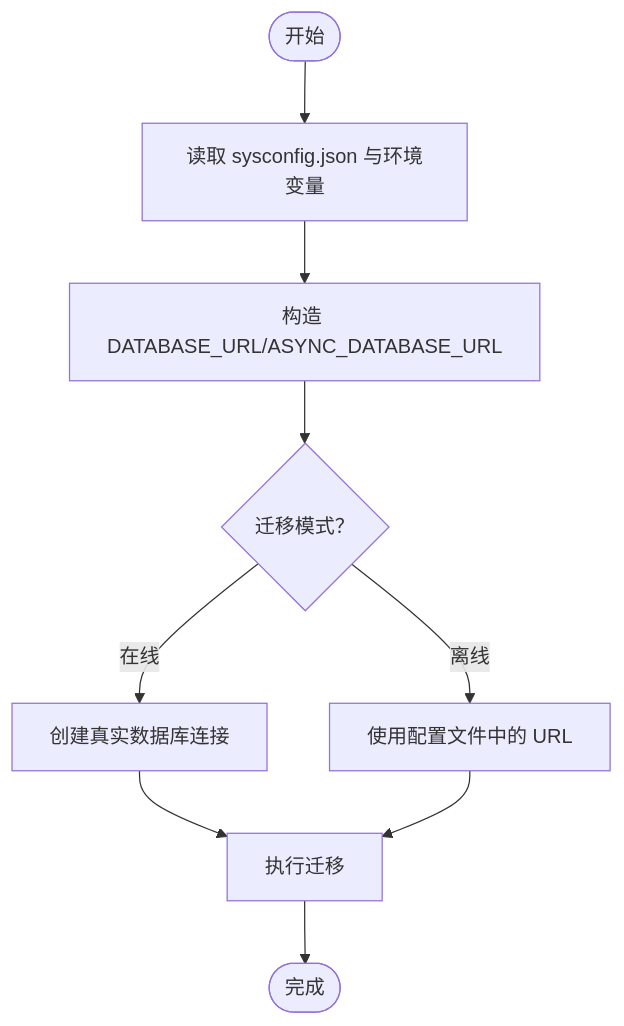
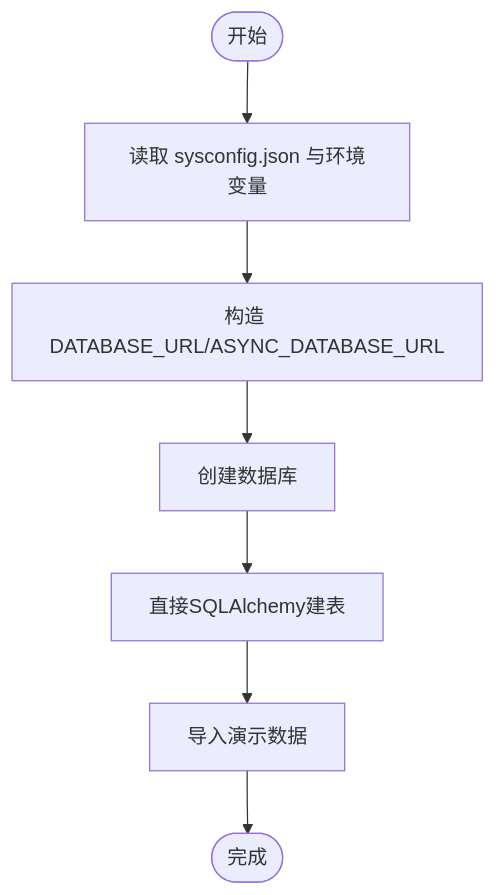
One commit to Miyuan2018/ruicheng-edu-system changed the fourth of 5 diagrams in .qoder/repowiki/zh/content/部署运维/部署运维.md. Above: the diagram before and after it, drawn with Mermaid. The commit also changed other lines of this file and 4 other files, not shown here.

````diff
--- a/.qoder/repowiki/zh/content/部署运维/部署运维.md
+++ b/.qoder/repowiki/zh/content/部署运维/部署运维.md
@@ -191,11 +198,9 @@
 ```mermaid
 flowchart TD
 Start(["开始"]) --> LoadCfg["读取 sysconfig.json 与环境变量"]
 LoadCfg --> BuildURL["构造 DATABASE_URL/ASYNC_DATABASE_URL"]
-BuildURL --> ChooseMode{"迁移模式？"}
-ChooseMode --> |在线| ConnectDB["创建真实数据库连接"]
-ChooseMode --> |离线| Offline["使用配置文件中的 URL"]
-ConnectDB --> RunMigs["执行迁移"]
-Offline --> RunMigs
-RunMigs --> Done(["完成"])
+BuildURL --> CreateDB["创建数据库"]
+CreateDB --> DirectCreate["直接SQLAlchemy建表"]
+DirectCreate --> ImportDemo["导入演示数据"]
+ImportDemo --> Done(["完成"])
 ```
````
